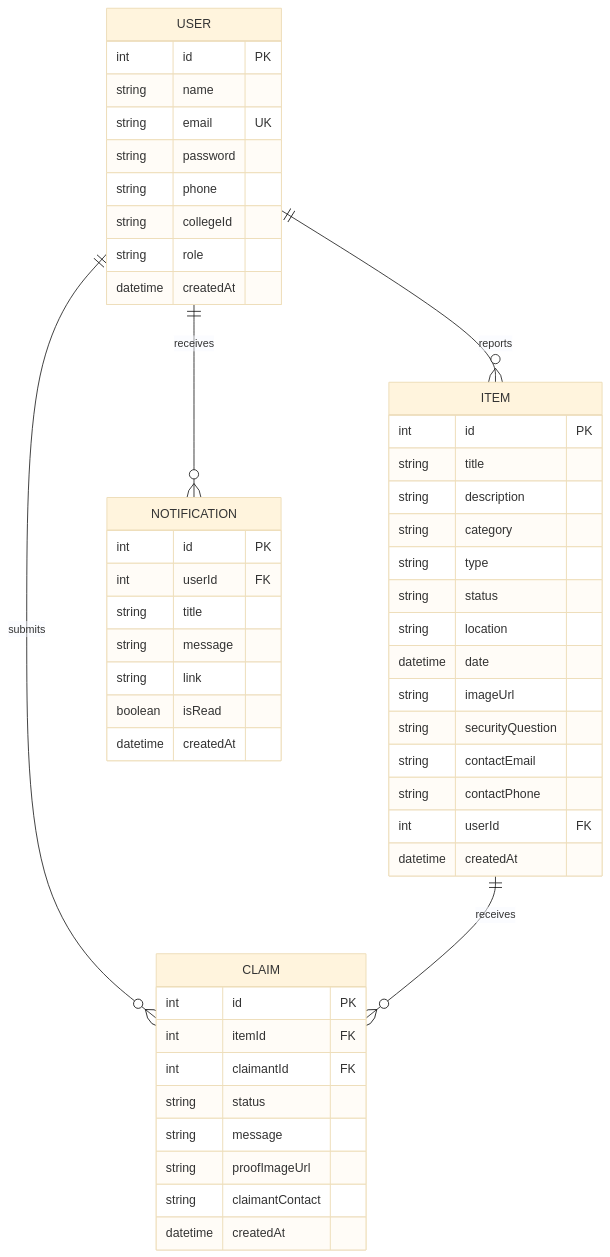
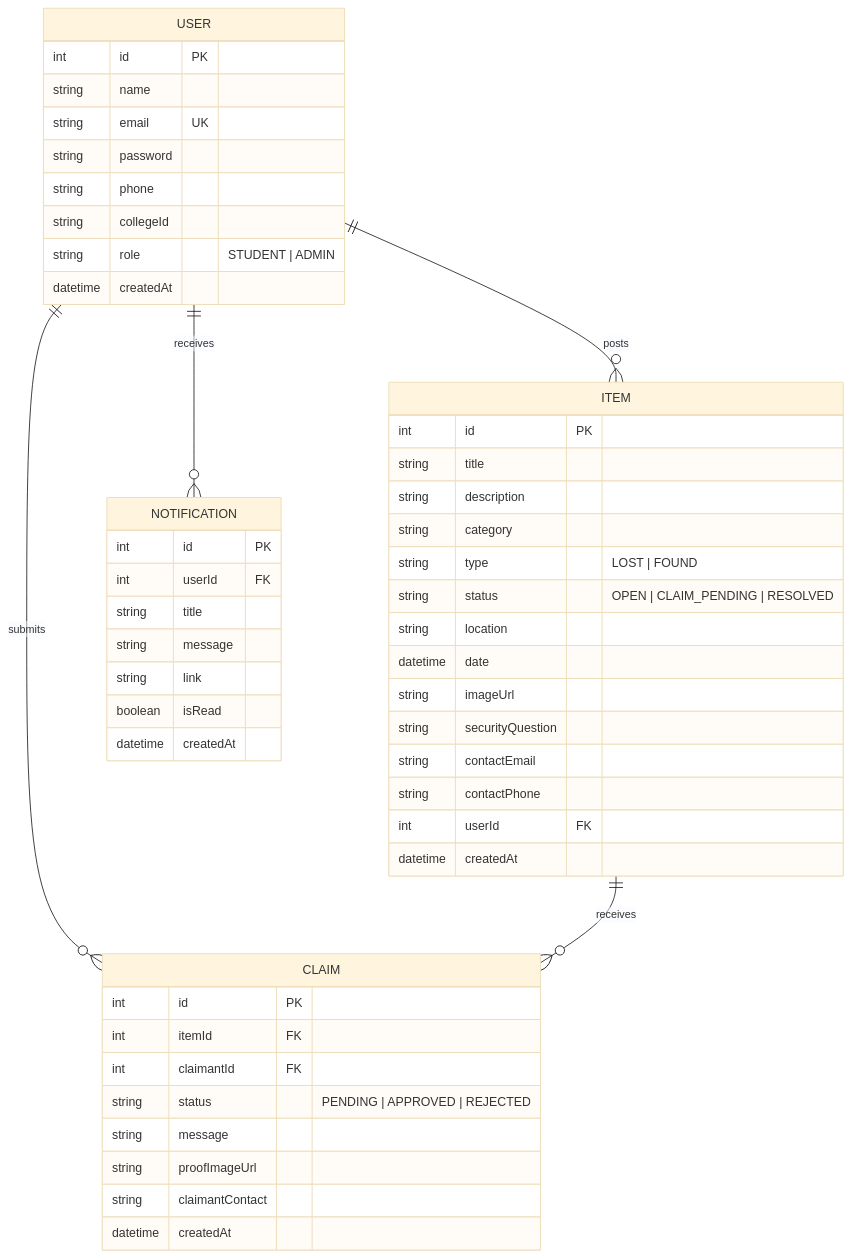
Before and after one commit to proot-distrologinubuntu275/Findit: the third of 3 diagrams in docs/Black_Book_Project_Report.md, drawn with Mermaid (base theme). The commit also changed other lines of this file and 1 other file, not shown here.

````diff
--- a/docs/Black_Book_Project_Report.md
+++ b/docs/Black_Book_Project_Report.md
@@ -221,56 +352,56 @@
 ```mermaid
 erDiagram
-    USER ||--o{ ITEM : "reports"
+    USER ||--o{ ITEM : "posts"
     USER ||--o{ CLAIM : "submits"
     USER ||--o{ NOTIFICATION : "receives"
     ITEM ||--o{ CLAIM : "receives"
 
     USER {
         int id PK
         string name
         string email UK
         string password
         string phone
         string collegeId
-        string role
+        string role "STUDENT | ADMIN"
         datetime createdAt
     }
 
     ITEM {
         int id PK
         string title
         string description
         string category
-        string type
-        string status
+        string type "LOST | FOUND"
+        string status "OPEN | CLAIM_PENDING | RESOLVED"
         string location
         datetime date
         string imageUrl
         string securityQuestion
         string contactEmail
         string contactPhone
         int userId FK
         datetime createdAt
     }
 
     CLAIM {
         int id PK
         int itemId FK
         int claimantId FK
-        string status
+        string status "PENDING | APPROVED | REJECTED"
         string message
         string proofImageUrl
         string claimantContact
         datetime createdAt
     }
 
     NOTIFICATION {
         int id PK
         int userId FK
         string title
         string message
         string link
         boolean isRead
         datetime createdAt
     }
 ```
````
